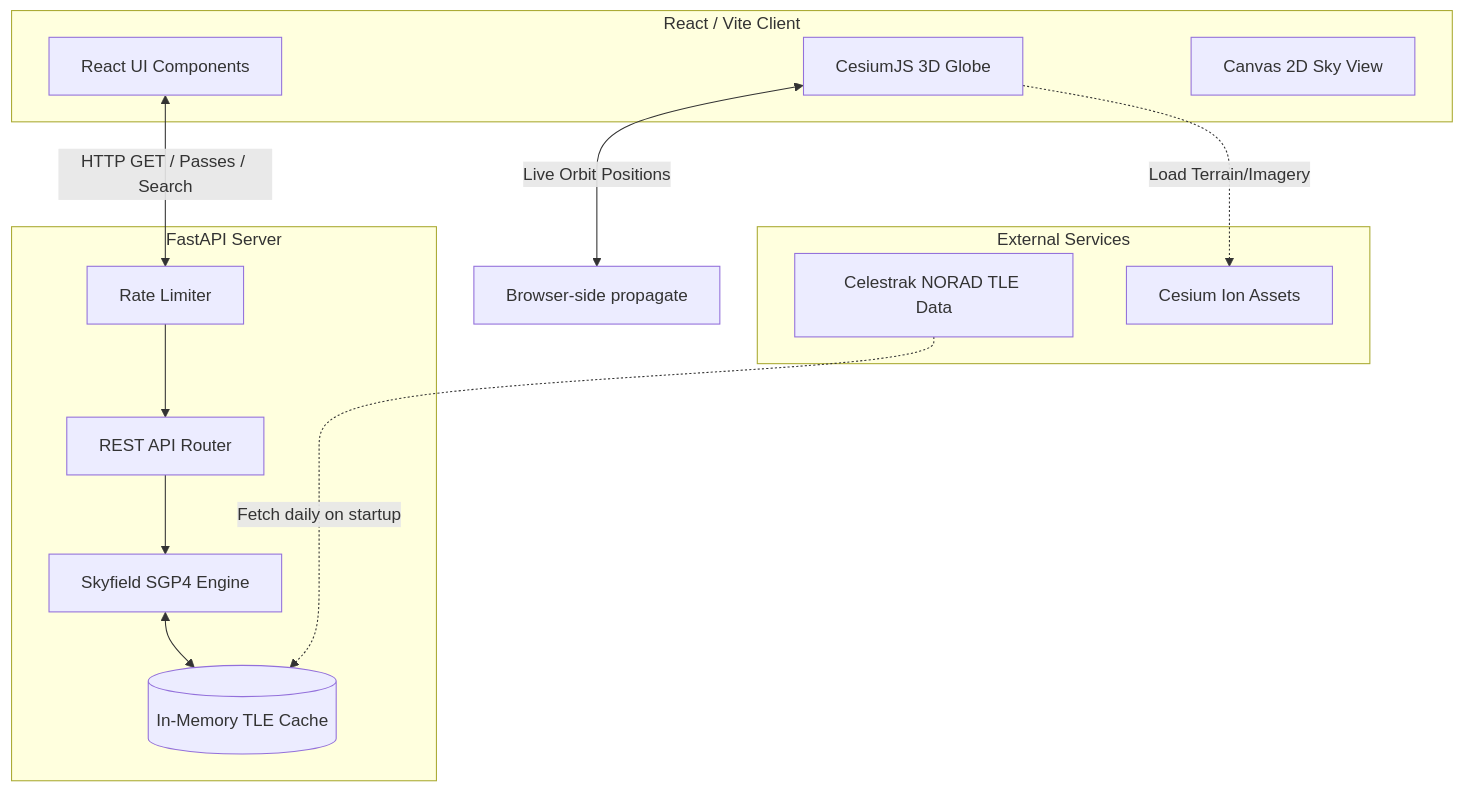
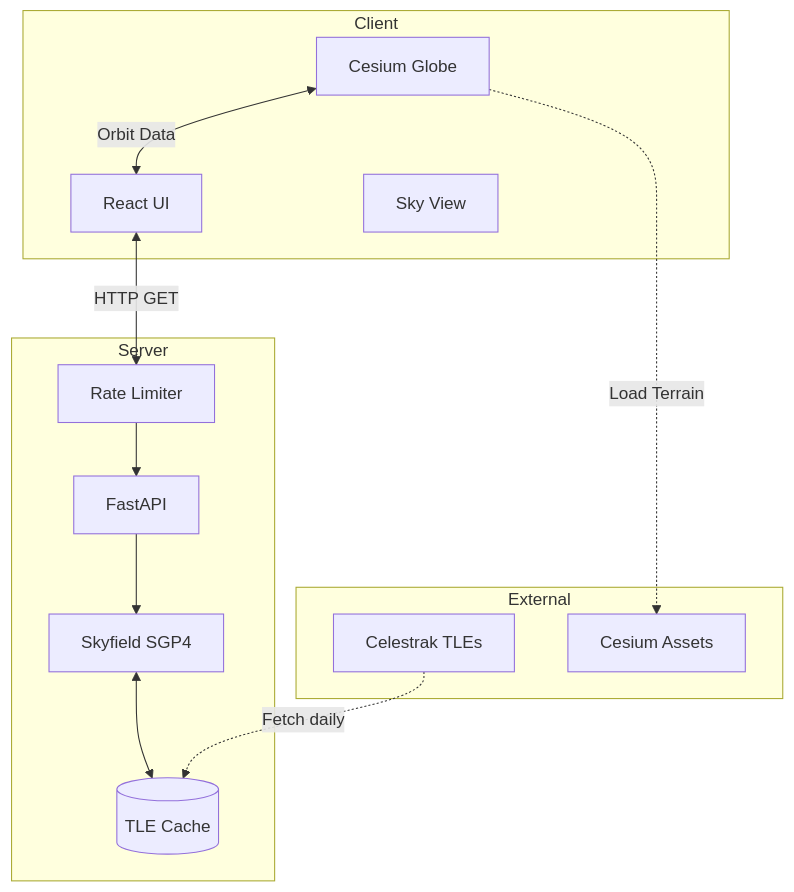
Before and after one commit to Hemal-11/Satellite-Tracker: the first of 2 diagrams in README.md, drawn with Mermaid.

Commit message:
Local formatting updates

````diff
--- a/README.md
+++ b/README.md
@@ -88,28 +88,28 @@
 ```mermaid
 graph TD
-    subgraph Frontend [React / Vite Client]
-        UI[React UI Components]
-        Map[CesiumJS 3D Globe]
-        Sky[Canvas 2D Sky View]
+    subgraph Client
+        UI[React UI]
+        Map[Cesium Globe]
+        Sky[Sky View]
     end
 
-    subgraph Backend [FastAPI Server]
-        API[REST API Router]
+    subgraph Server
+        API[FastAPI]
         RateLimit[Rate Limiter]
-        Propagator[Skyfield SGP4 Engine]
-        Cache[(In-Memory TLE Cache)]
+        Engine[Skyfield SGP4]
+        Cache[(TLE Cache)]
     end
 
-    subgraph External [External Services]
-        Celestrak[Celestrak NORAD TLE Data]
-        Ion[Cesium Ion Assets]
+    subgraph External
+        Celestrak[Celestrak TLEs]
+        Ion[Cesium Assets]
     end
 
-    UI <-->|HTTP GET / Passes / Search| RateLimit
-    Map <-->|Live Orbit Positions| SDK[Browser-side propagate]
+    UI <-->|HTTP GET| RateLimit
+    Map <-->|Orbit Data| UI
     RateLimit --> API
-    API --> Propagator
-    Propagator <--> Cache
-    Celestrak -.->|Fetch daily on startup| Cache
-    Map -.->|Load Terrain/Imagery| Ion
+    API --> Engine
+    Engine <--> Cache
+    Celestrak -.->|Fetch daily| Cache
+    Map -.->|Load Terrain| Ion
 ```
````
